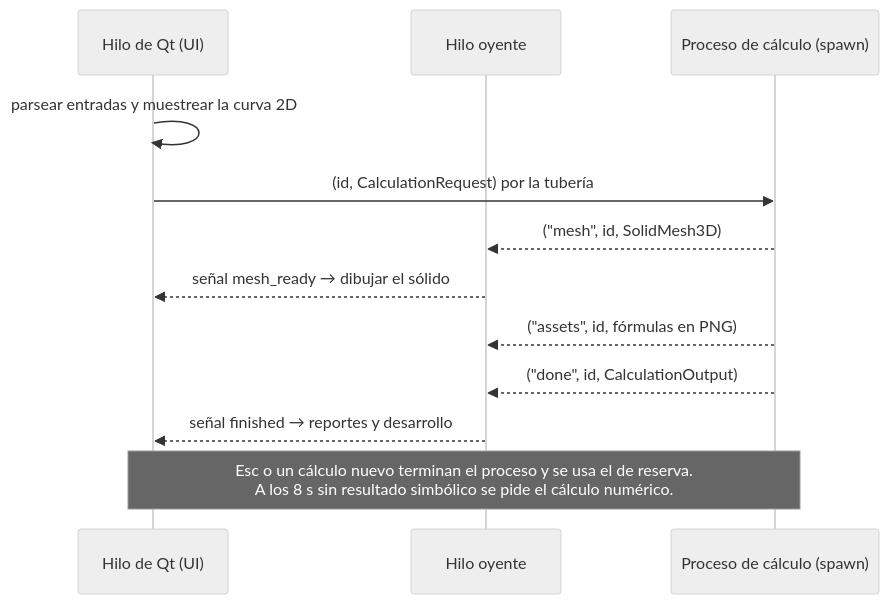
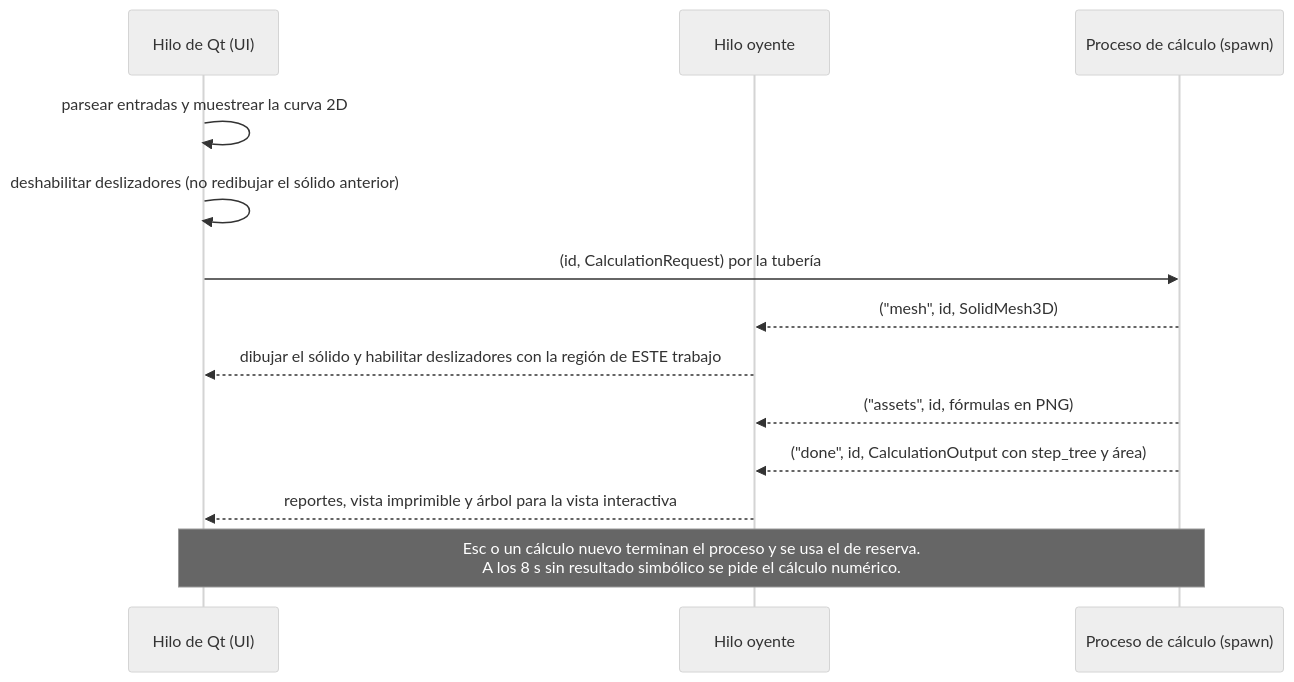
Before and after one commit to lassombrita/calculo: the second of 2 diagrams in docs/ARQUITECTURA.md, drawn with Mermaid (neutral theme). The commit also changed other lines of this file and 55 other files, not shown here.

````diff
--- a/docs/ARQUITECTURA.md
+++ b/docs/ARQUITECTURA.md
@@ -73,14 +85,15 @@
 ```mermaid
 sequenceDiagram
     participant Q as Hilo de Qt (UI)
     participant L as Hilo oyente
     participant P as Proceso de cálculo (spawn)
     Q->>Q: parsear entradas y muestrear la curva 2D
+    Q->>Q: deshabilitar deslizadores (no redibujar el sólido anterior)
     Q->>P: (id, CalculationRequest) por la tubería
     P-->>L: ("mesh", id, SolidMesh3D)
-    L-->>Q: señal mesh_ready → dibujar el sólido
+    L-->>Q: dibujar el sólido y habilitar deslizadores con la región de ESTE trabajo
     P-->>L: ("assets", id, fórmulas en PNG)
-    P-->>L: ("done", id, CalculationOutput)
-    L-->>Q: señal finished → reportes y desarrollo
+    P-->>L: ("done", id, CalculationOutput con step_tree y área)
+    L-->>Q: reportes, vista imprimible y árbol para la vista interactiva
     Note over Q,P: Esc o un cálculo nuevo terminan el proceso y se usa el de reserva.<br/>A los 8 s sin resultado simbólico se pide el cálculo numérico.
 ```
````
